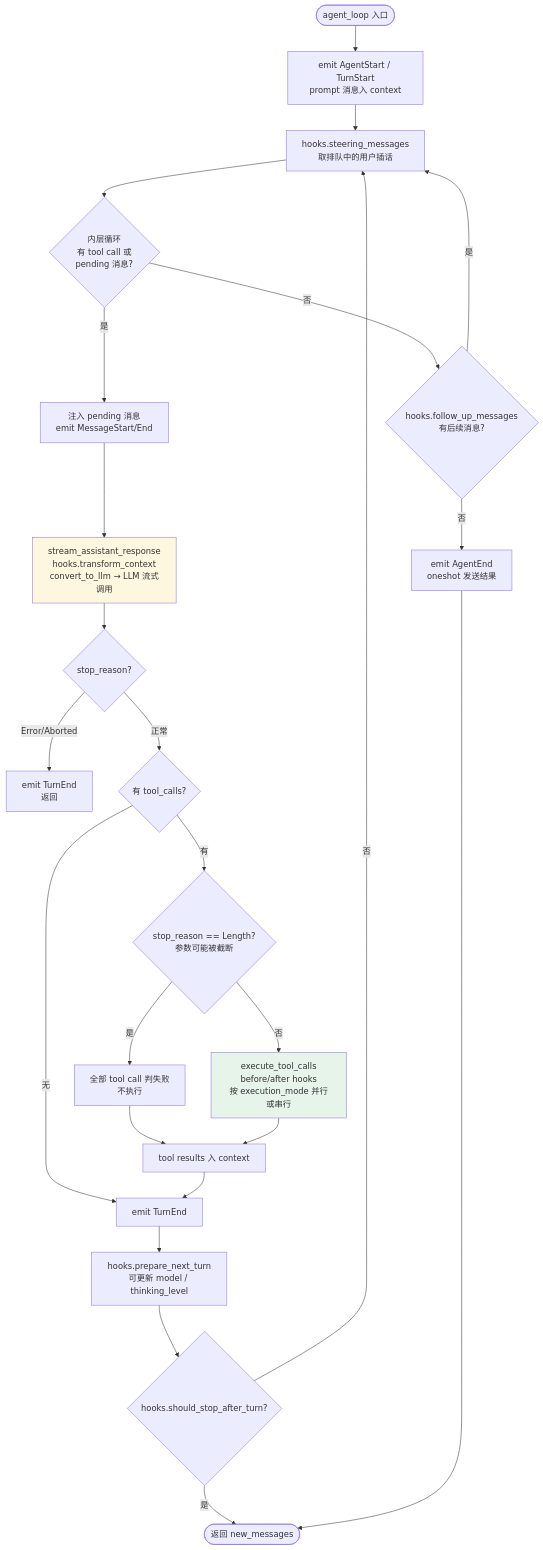
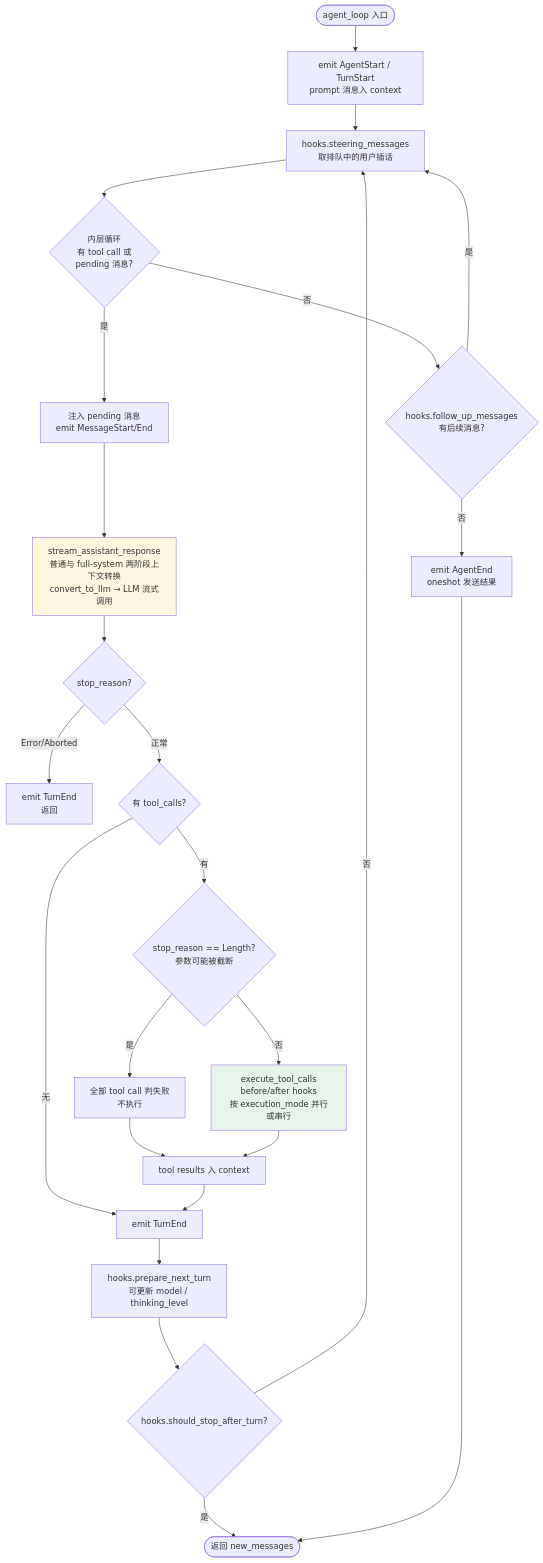
One commit to Tack-AI/tack changed the second of 11 diagrams in docs/architecture.zh-CN.md. Above: the diagram before and after it, drawn with Mermaid. The commit also changed other lines of this file and 77 other files, not shown here.

````diff
--- a/docs/architecture.zh-CN.md
+++ b/docs/architecture.zh-CN.md
@@ -82,29 +83,29 @@
 ```mermaid
 flowchart TD
     A([agent_loop 入口]) --> B[emit AgentStart / TurnStart<br/>prompt 消息入 context]
     B --> C[hooks.steering_messages<br/>取排队中的用户插话]
     C --> D{内层循环<br/>有 tool call 或<br/>pending 消息?}
     D -- 是 --> E[注入 pending 消息<br/>emit MessageStart/End]
-    E --> F[stream_assistant_response<br/>hooks.transform_context<br/>convert_to_llm → LLM 流式调用]
+    E --> F[stream_assistant_response<br/>普通与 full-system 两阶段上下文转换<br/>convert_to_llm → LLM 流式调用]
     F --> G{stop_reason?}
     G -- Error/Aborted --> H[emit TurnEnd<br/>返回]
     G -- 正常 --> I{有 tool_calls?}
     I -- 有 --> J{stop_reason == Length?<br/>参数可能被截断}
     J -- 是 --> K[全部 tool call 判失败<br/>不执行]
     J -- 否 --> L[execute_tool_calls<br/>before/after hooks<br/>按 execution_mode 并行或串行]
     K --> M[tool results 入 context]
     L --> M
     I -- 无 --> N[emit TurnEnd]
     M --> N
     N --> O[hooks.prepare_next_turn<br/>可更新 model / thinking_level]
     O --> P{hooks.should_stop_after_turn?}
     P -- 是 --> Q([返回 new_messages])
     P -- 否 --> C
     D -- 否 --> R{hooks.follow_up_messages<br/>有后续消息?}
     R -- 是 --> C
     R -- 否 --> S[emit AgentEnd<br/>oneshot 发送结果]
     S --> Q
 
     style F fill:#fef7e0
     style L fill:#e6f4ea
 ```
````
